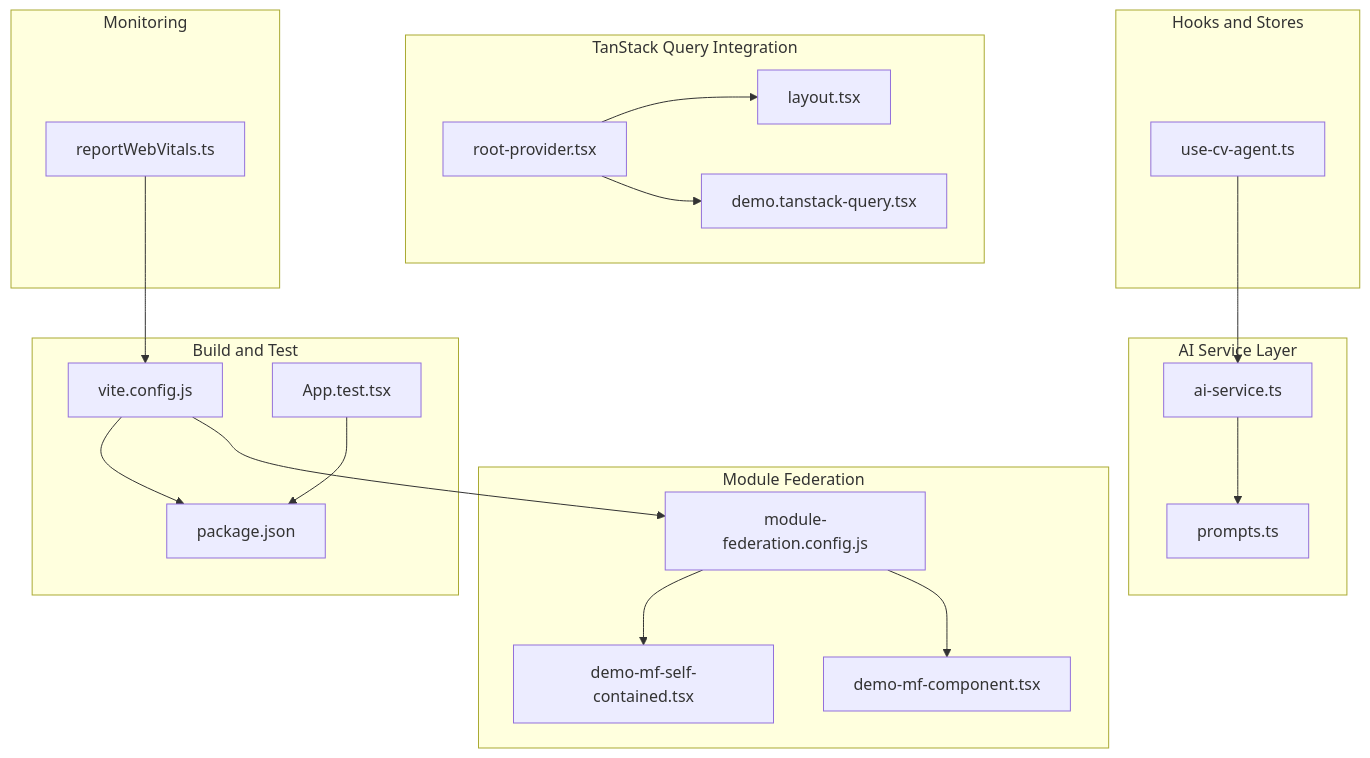
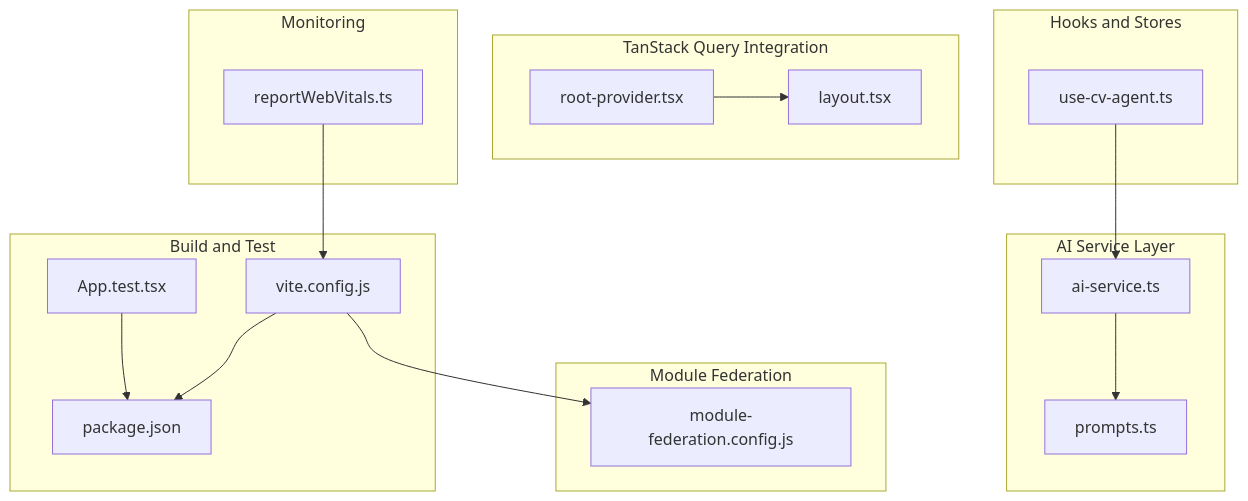
One commit to DoVuDung/cv-portfolio-builder changed the first of 7 diagrams in .qoder/repowiki/en/content/Advanced Features/Advanced Features.md. Above: the diagram before and after it, drawn with Mermaid. The commit also changed other lines of this file and 8 other files, not shown here.

````diff
--- a/.qoder/repowiki/en/content/Advanced Features/Advanced Features.md
+++ b/.qoder/repowiki/en/content/Advanced Features/Advanced Features.md
@@ -53,38 +57,33 @@
 ```mermaid
 graph TB
 subgraph "TanStack Query Integration"
 RP["root-provider.tsx"]
 RL["layout.tsx"]
-RTQ["demo.tanstack-query.tsx"]
 end
 subgraph "Module Federation"
 MFC["module-federation.config.js"]
-DMC["demo-mf-component.tsx"]
-DMSC["demo-mf-self-contained.tsx"]
 end
 subgraph "AI Service Layer"
 AIS["ai-service.ts"]
 PROM["prompts.ts"]
 end
 subgraph "Hooks and Stores"
 UCA["use-cv-agent.ts"]
 end
 subgraph "Build and Test"
 VC["vite.config.js"]
 PKG["package.json"]
 ATT["App.test.tsx"]
 end
 subgraph "Monitoring"
 WV["reportWebVitals.ts"]
 end
 RP --> RL
-RP --> RTQ
-MFC --> DMC
-MFC --> DMSC
+MFC
 AIS --> PROM
 UCA --> AIS
 VC --> MFC
 VC --> PKG
 ATT --> PKG
 WV --> VC
 ```
````
